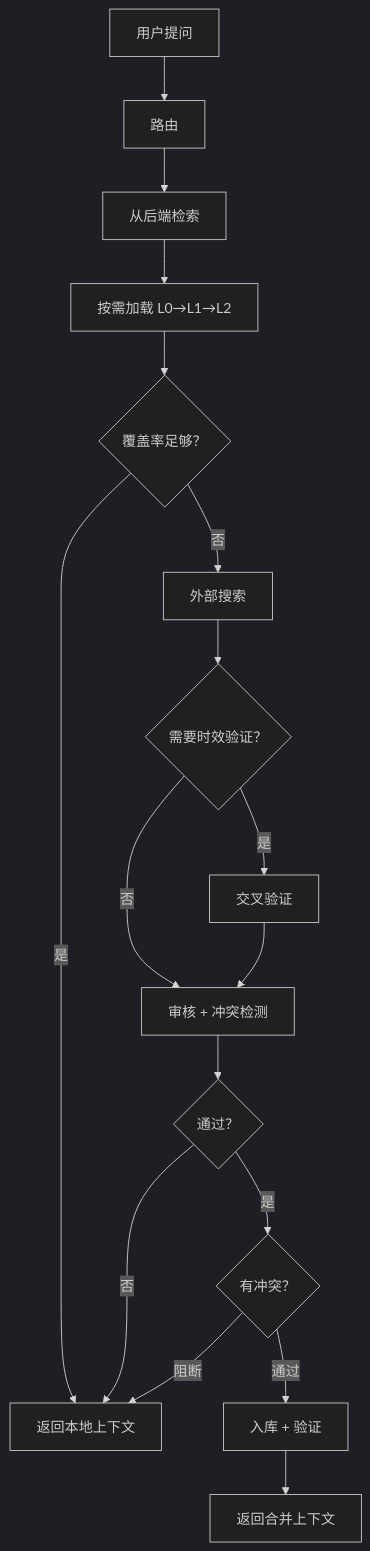
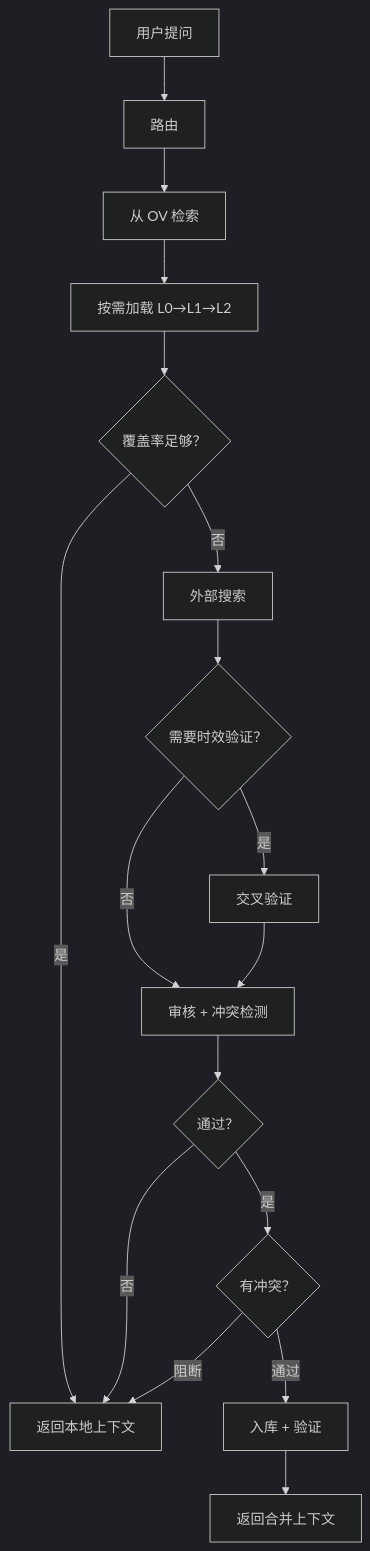
Before and after one commit to ponsde/OpenViking_Curator: the diagram in README_CN.md, drawn with Mermaid (dark theme). The commit also changed other lines of this file and 2 other files, not shown here.

````diff
--- a/README_CN.md
+++ b/README_CN.md
@@ -12,19 +12,19 @@
 ```mermaid
 flowchart TD
     Q[用户提问] --> R[路由]
-    R --> OV[从后端检索]
+    R --> OV[从 OV 检索]
     OV --> L[按需加载 L0→L1→L2]
     L --> COV{覆盖率足够？}
     COV -- 是 --> OUT1[返回本地上下文]
     COV -- 否 --> EXT[外部搜索]
     EXT --> F{需要时效验证？}
     F -- 是 --> CV[交叉验证]
     F -- 否 --> J
     CV --> J[审核 + 冲突检测]
     J --> P{通过？}
     P -- 否 --> OUT1
     P -- 是 --> C{有冲突？}
     C -- 阻断 --> OUT1
     C -- 通过 --> ING[入库 + 验证]
     ING --> OUT2[返回合并上下文]
 ```
````
